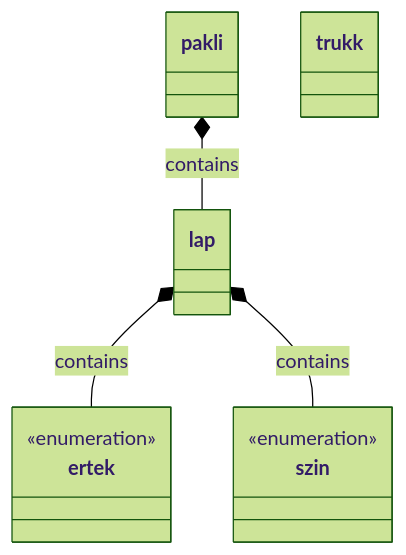
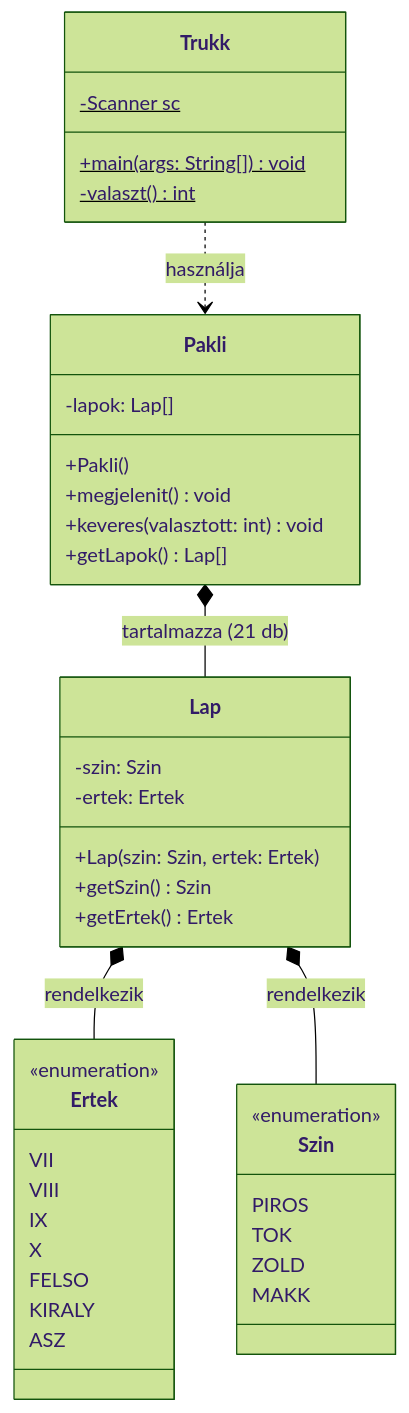
The diagram in drotvaz.mmd (csillageri05-spec/WhatTheDawgDoin-), drawn with Mermaid (forest theme) before and after one commit.

Commit message:
Drótváz kiegészitve
monke

```diff
--- a/drotvaz.mmd
+++ b/drotvaz.mmd
@@ -1,16 +1,46 @@
 classDiagram
-    class pakli
-    class lap
-    class trukk
-
-    class ertek {
-        <<enumeration>>
+    class Trukk {
+        -Scanner sc$
+        +main(args: String[])$ void
+        -valaszt()$ int
     }
 
-    class szin {
-        <<enumeration>>
+    class Pakli {
+        -lapok: Lap[]
+        +Pakli()
+        +megjelenit() void
+        +keveres(valasztott: int) void
+        +getLapok() Lap[]
     }
 
-    pakli *-- lap : contains
-    lap *-- ertek : contains
-    lap *-- szin : contains
+    class Lap {
+        -szin: Szin
+        -ertek: Ertek
+        +Lap(szin: Szin, ertek: Ertek)
+        +getSzin() Szin
+        +getErtek() Ertek
+    }
+
+    class Ertek {
+        <<enumeration>>
+        VII
+        VIII
+        IX
+        X
+        FELSO
+        KIRALY
+        ASZ
+    }
+
+    class Szin {
+        <<enumeration>>
+        PIROS
+        TOK
+        ZOLD
+        MAKK
+    }
+
+    Trukk ..> Pakli : használja
+    Pakli *-- Lap : tartalmazza (21 db)
+    Lap *-- Ertek : rendelkezik
+    Lap *-- Szin : rendelkezik
```
